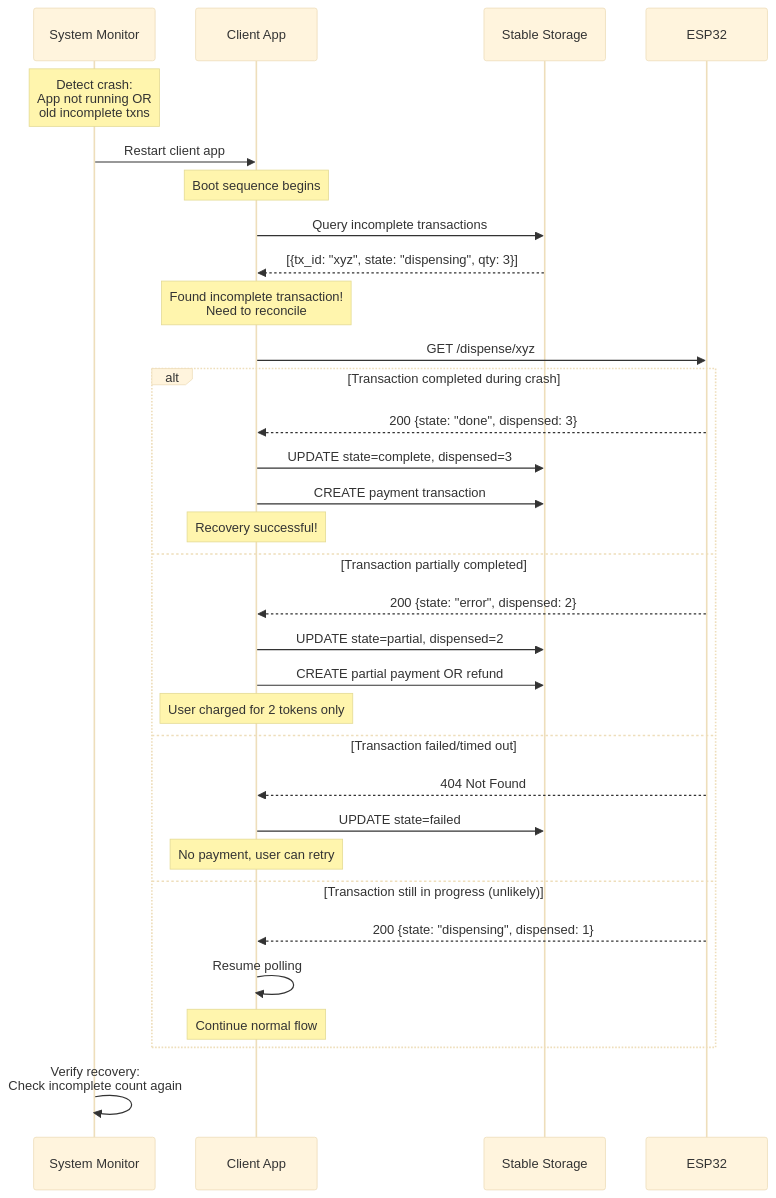
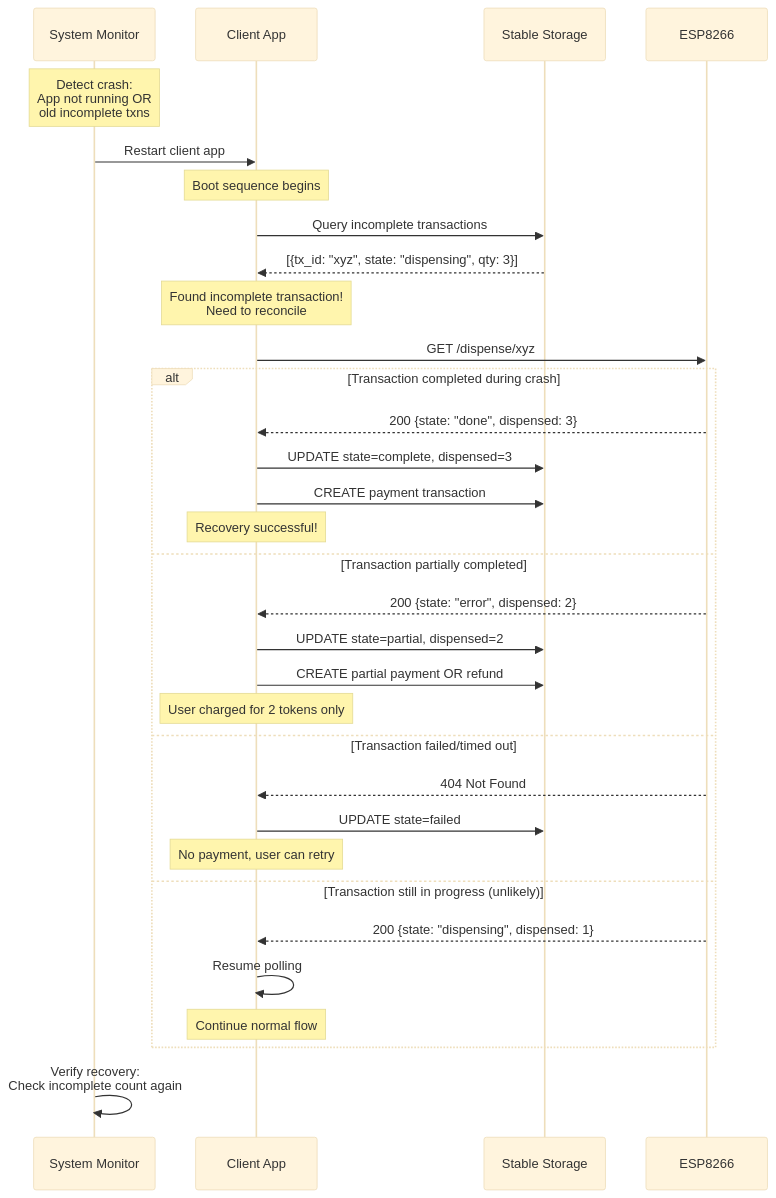
Diagram 24 of 26 in ARCHITECTURE.md (dgloeckner/remote-token-dispenser), drawn with Mermaid (base theme) before and after one commit. The commit also changed other lines of this file and 21 other files, not shown here.

````diff
--- a/ARCHITECTURE.md
+++ b/ARCHITECTURE.md
@@ -1268,42 +1268,42 @@
 ```mermaid
 sequenceDiagram
     participant Monitor as System Monitor
     participant Client as Client App
     participant DB as Stable Storage
-    participant ESP32
+    participant ESP8266
 
     Note over Monitor: Detect crash:<br/>App not running OR<br/>old incomplete txns
 
     Monitor->>Client: Restart client app
 
     Note over Client: Boot sequence begins
 
     Client->>DB: Query incomplete transactions
     DB-->>Client: [{tx_id: "xyz", state: "dispensing", qty: 3}]
 
     Note over Client: Found incomplete transaction!<br/>Need to reconcile
 
-    Client->>ESP32: GET /dispense/xyz
+    Client->>ESP8266: GET /dispense/xyz
 
     alt Transaction completed during crash
-        ESP32-->>Client: 200 {state: "done", dispensed: 3}
+        ESP8266-->>Client: 200 {state: "done", dispensed: 3}
         Client->>DB: UPDATE state=complete, dispensed=3
         Client->>DB: CREATE payment transaction
         Note over Client: Recovery successful!
     else Transaction partially completed
-        ESP32-->>Client: 200 {state: "error", dispensed: 2}
+        ESP8266-->>Client: 200 {state: "error", dispensed: 2}
         Client->>DB: UPDATE state=partial, dispensed=2
         Client->>DB: CREATE partial payment OR refund
         Note over Client: User charged for 2 tokens only
     else Transaction failed/timed out
-        ESP32-->>Client: 404 Not Found
+        ESP8266-->>Client: 404 Not Found
         Client->>DB: UPDATE state=failed
         Note over Client: No payment, user can retry
     else Transaction still in progress (unlikely)
-        ESP32-->>Client: 200 {state: "dispensing", dispensed: 1}
+        ESP8266-->>Client: 200 {state: "dispensing", dispensed: 1}
         Client->>Client: Resume polling
         Note over Client: Continue normal flow
     end
 
     Monitor->>Monitor: Verify recovery:<br/>Check incomplete count again
 ```
````
